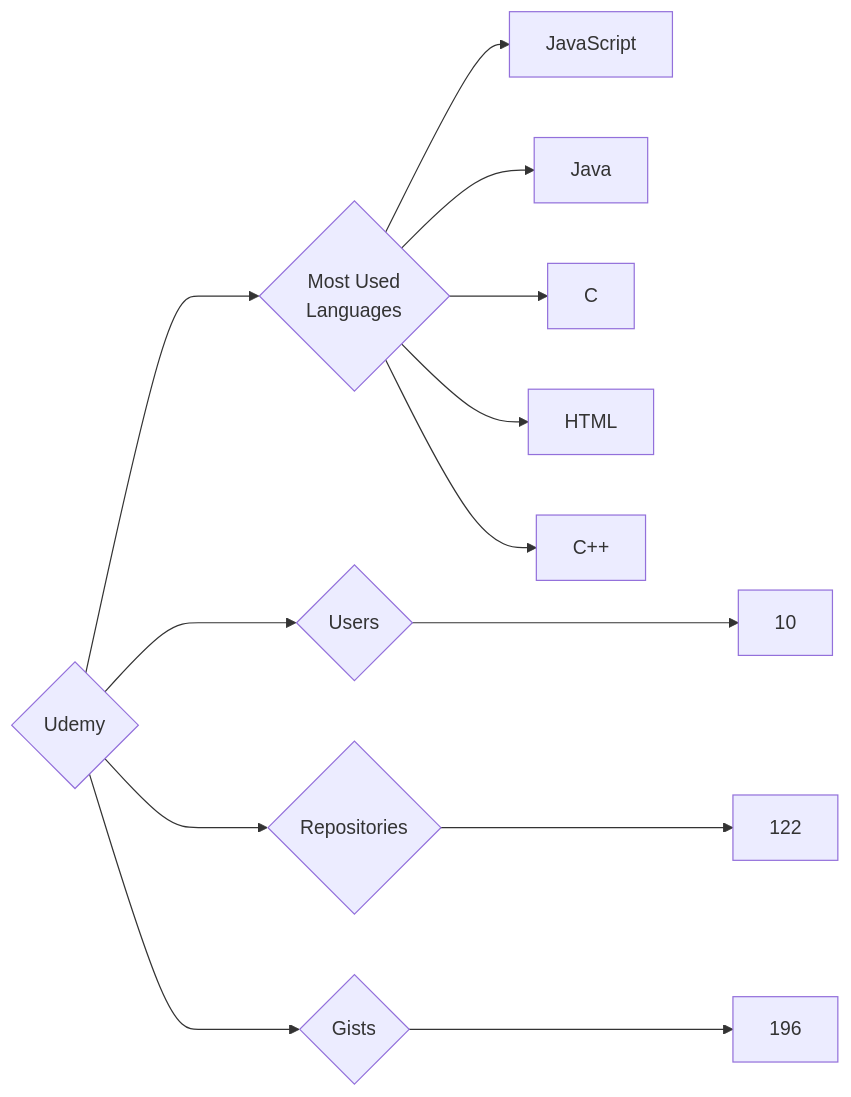
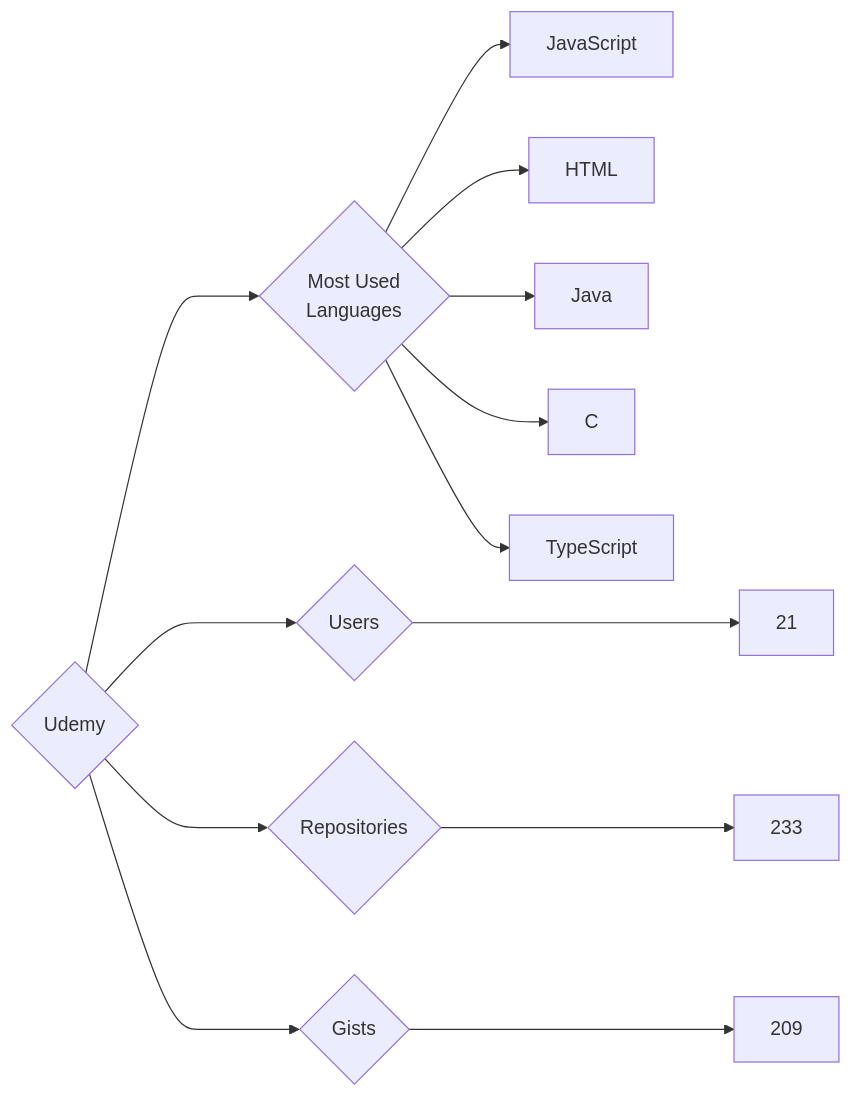
The diagram in targets/Udemy/README.md (trickest/insiders), drawn with Mermaid before and after one commit. The commit also changed 973 other files, not shown here.

````diff
--- a/targets/Udemy/README.md
+++ b/targets/Udemy/README.md
@@ -3,13 +3,13 @@
 ```mermaid
 graph LR
 COMPANY_NAME{Udemy}
-COMPANY_NAME ---> U{Users} ---> UN[10]
-COMPANY_NAME ---> R{Repositories} ---> RN[122]
-COMPANY_NAME ---> G{Gists} ---> GN[196]
+COMPANY_NAME ---> U{Users} ---> UN[21]
+COMPANY_NAME ---> R{Repositories} ---> RN[233]
+COMPANY_NAME ---> G{Gists} ---> GN[209]
 COMPANY_NAME ---> ML{Most Used<br>Languages}
 ML --> JavaScript[JavaScript]
+ML --> HTML[HTML]
 ML --> Java[Java]
 ML --> C[C]
-ML --> HTML[HTML]
-ML --> C++[C++]
+ML --> TypeScript[TypeScript]
 ```
````
